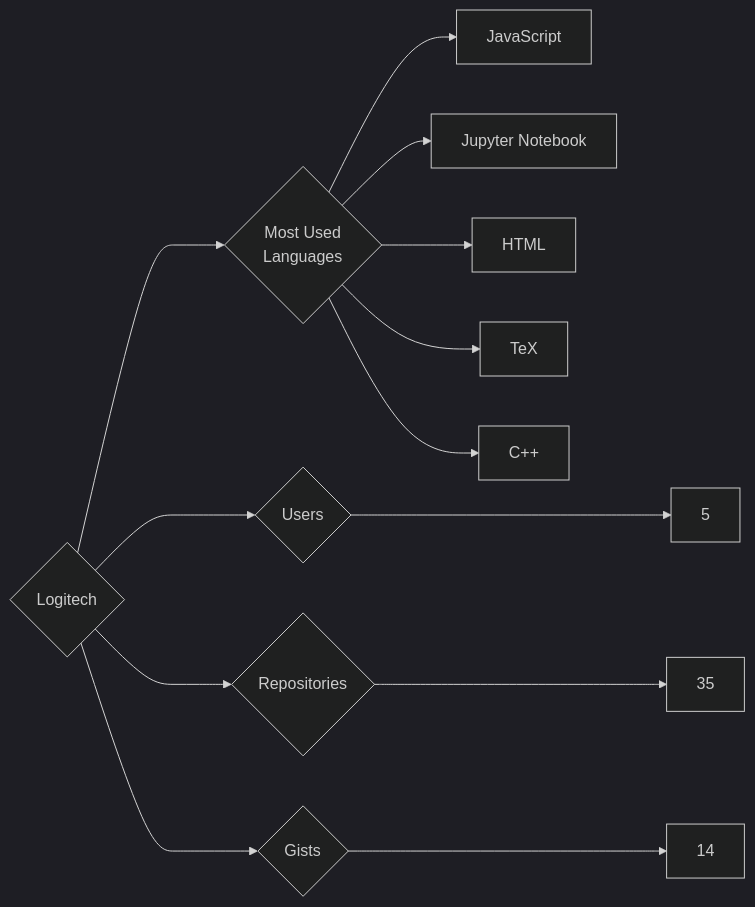
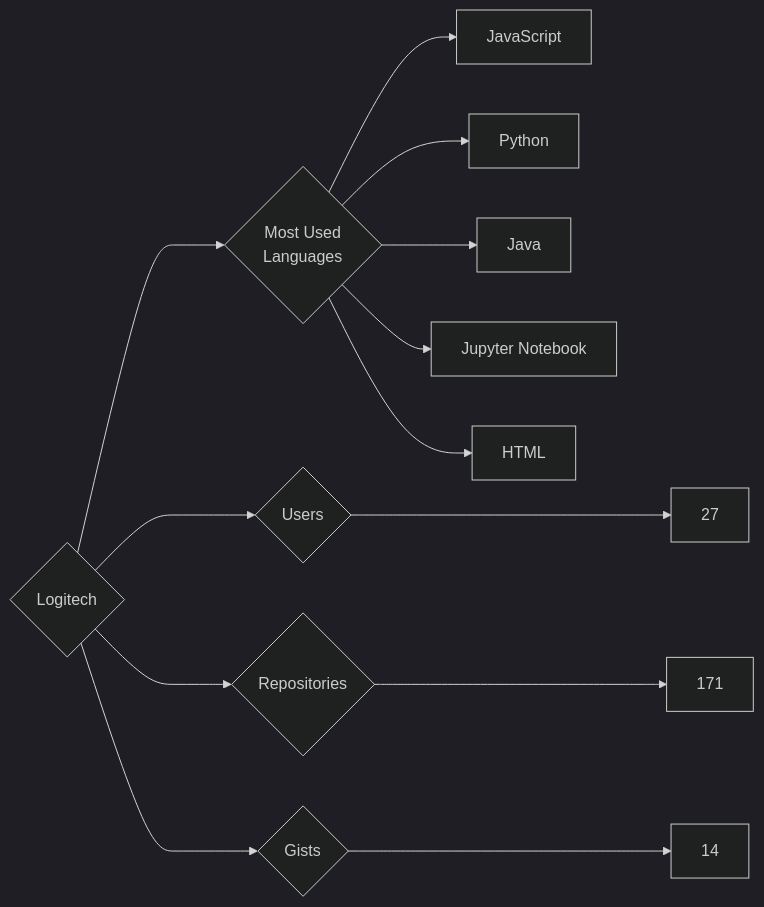
Before and after one commit to trickest/insiders: the diagram in targets/Logitech/README.md, drawn with Mermaid (dark theme). The commit also changed 736 other files, not shown here.

````diff
--- a/targets/Logitech/README.md
+++ b/targets/Logitech/README.md
@@ -3,13 +3,13 @@
 ```mermaid
 graph LR
 COMPANY_NAME{Logitech}
-COMPANY_NAME ---> U{Users} ---> UN[5]
-COMPANY_NAME ---> R{Repositories} ---> RN[35]
+COMPANY_NAME ---> U{Users} ---> UN[27]
+COMPANY_NAME ---> R{Repositories} ---> RN[171]
 COMPANY_NAME ---> G{Gists} ---> GN[14]
 COMPANY_NAME ---> ML{Most Used<br>Languages}
 ML --> JavaScript[JavaScript]
+ML --> Python[Python]
+ML --> Java[Java]
 ML --> Jupyter_Notebook[Jupyter Notebook]
 ML --> HTML[HTML]
-ML --> TeX[TeX]
-ML --> C++[C++]
 ```
````
